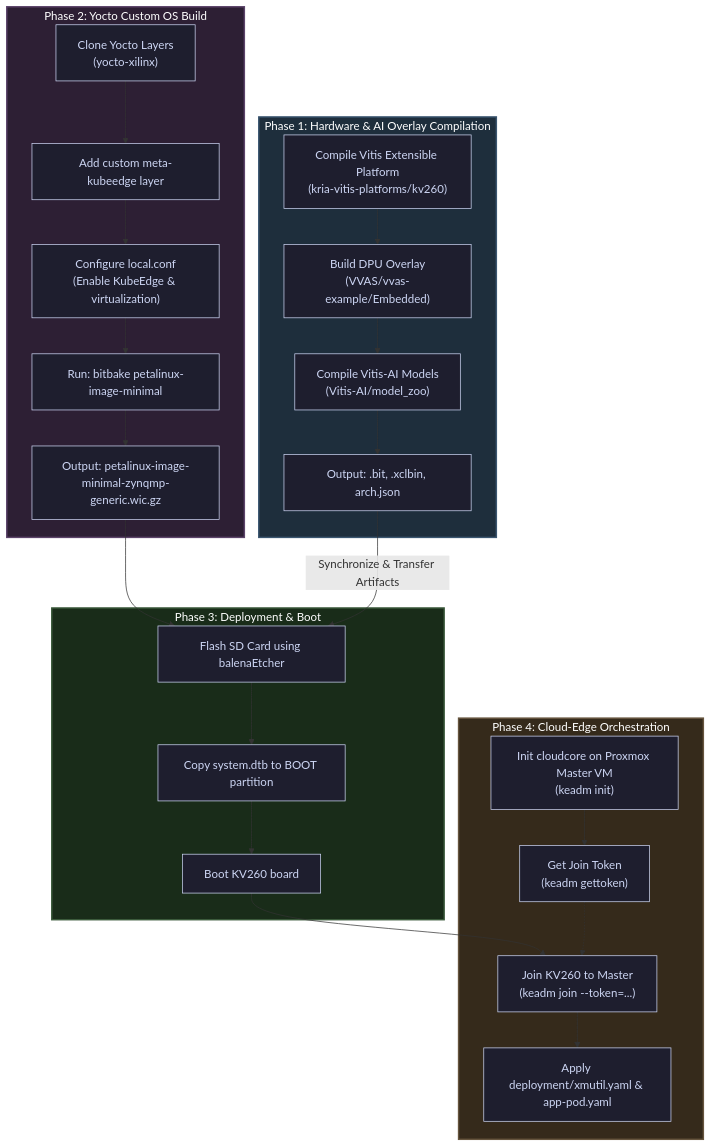
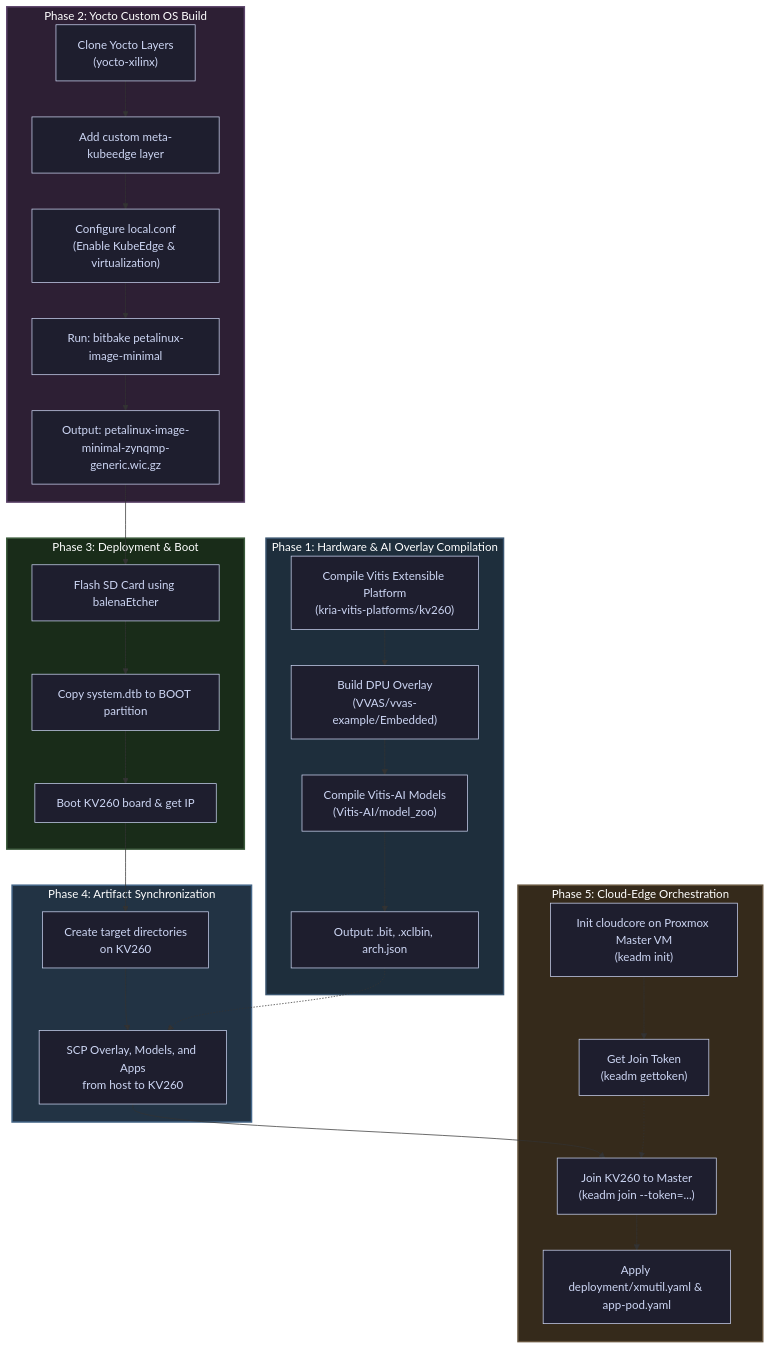
Before and after one commit to n1n0x-a1/kv260-workspace: the first of 2 diagrams in note.md, drawn with Mermaid. The commit also changed other lines of this file, not shown here.

Commit message:
docs: relocate artifact synchronization to Phase 4 after booting

````diff
--- a/note.md
+++ b/note.md
@@ -205,46 +205,50 @@
 ```mermaid
 flowchart TD
     %% Styling
     classDef default fill:#1E1E2E,stroke:#CDD6F4,stroke-width:1px,color:#CDD6F4;
     classDef phase fill:#313244,stroke:#A6ADC8,stroke-width:2px,color:#CDD6F4;
     
     subgraph Phase1 [Phase 1: Hardware & AI Overlay Compilation]
         A["Compile Vitis Extensible Platform<br/>(kria-vitis-platforms/kv260)"] --> B["Build DPU Overlay<br/>(VVAS/vvas-example/Embedded)"]
         B --> C["Compile Vitis-AI Models<br/>(Vitis-AI/model_zoo)"]
         C --> D["Output: .bit, .xclbin, arch.json"]
     end
     
     subgraph Phase2 [Phase 2: Yocto Custom OS Build]
         E["Clone Yocto Layers<br/>(yocto-xilinx)"] --> F["Add custom meta-kubeedge layer"]
         F --> G["Configure local.conf<br/>(Enable KubeEdge & virtualization)"]
         G --> H["Run: bitbake petalinux-image-minimal"]
         H --> I["Output: petalinux-image-minimal-zynqmp-generic.wic.gz"]
     end
 
     subgraph Phase3 [Phase 3: Deployment & Boot]
         I --> J["Flash SD Card using balenaEtcher"]
         J --> K["Copy system.dtb to BOOT partition"]
-        K --> L["Boot KV260 board"]
+        K --> L["Boot KV260 board & get IP"]
     end
 
-    subgraph Phase4 [Phase 4: Cloud-Edge Orchestration]
+    subgraph Phase4 [Phase 4: Artifact Synchronization]
+        L --> Q["Create target directories<br/>on KV260"]
+        Q --> R["SCP Overlay, Models, and Apps<br/>from host to KV260"]
+        D -.-> R
+    end
+
+    subgraph Phase5 [Phase 5: Cloud-Edge Orchestration]
         M["Init cloudcore on Proxmox Master VM<br/>(keadm init)"] --> N["Get Join Token<br/>(keadm gettoken)"]
-        L --> O["Join KV260 to Master<br/>(keadm join --token=...)"]
+        R --> O["Join KV260 to Master<br/>(keadm join --token=...)"]
         N -.-> O
         O --> P["Apply deployment/xmutil.yaml & app-pod.yaml"]
     end
 
-    %% Link Phase 1 output to Phase 3 showing artifact synchronization
-    D -->|"Synchronize & Transfer Artifacts"| J
-
     style Phase1 fill:#1e2e3c,stroke:#3b5670,stroke-width:2px,color:#fff
     style Phase2 fill:#2d1f34,stroke:#5c446a,stroke-width:2px,color:#fff
     style Phase3 fill:#192c19,stroke:#3b5a3b,stroke-width:2px,color:#fff
-    style Phase4 fill:#352a1b,stroke:#66553e,stroke-width:2px,color:#fff
+    style Phase4 fill:#223344,stroke:#446688,stroke-width:2px,color:#fff
+    style Phase5 fill:#352a1b,stroke:#66553e,stroke-width:2px,color:#fff
 
     click A href "smartapp-modified/kv260-smartapp-platform/kria-vitis-platforms" "Open Platform Submodule"
     click B href "smartapp-modified/kv260-smartapp-platform/VVAS" "Open VVAS Submodule"
     click C href "smartapp-modified/kv260-smartapp-platform/Vitis-AI" "Open Vitis-AI Submodule"
     click E href "yocto-xilinx" "Open Yocto Build Directory"
     click P href "smartapp-modified/kv260-smartapp-clusterserver/deployment" "Open Deployment Manifests"
 ```
````
